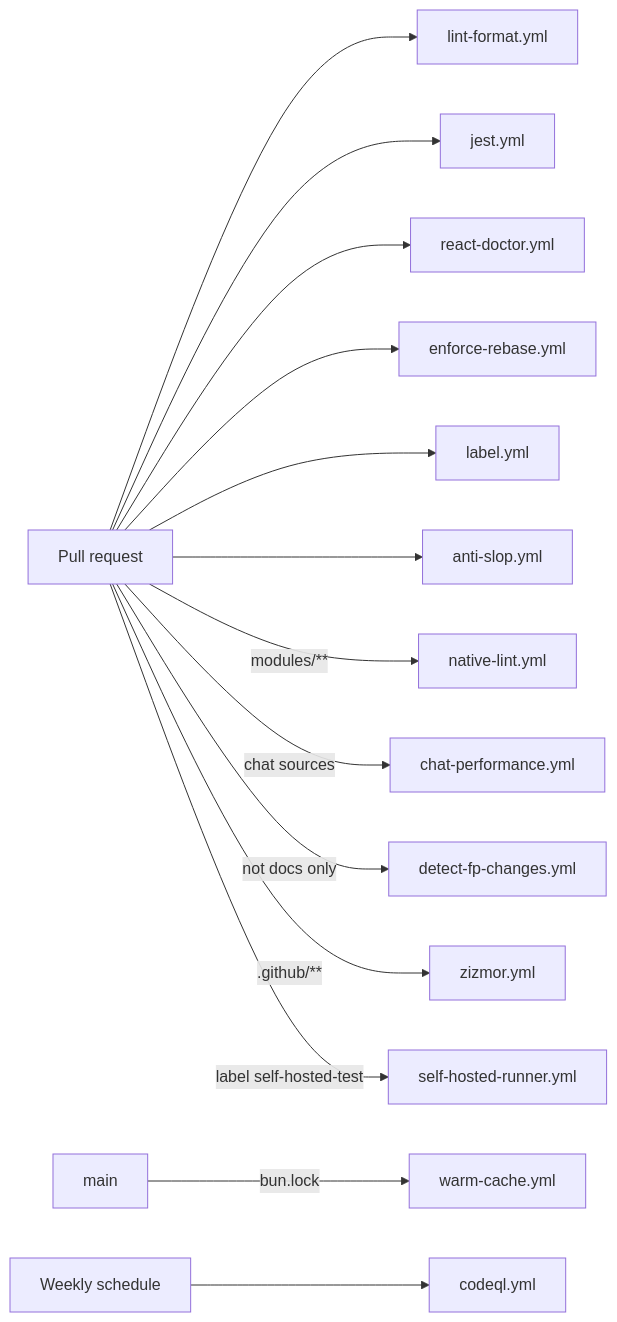
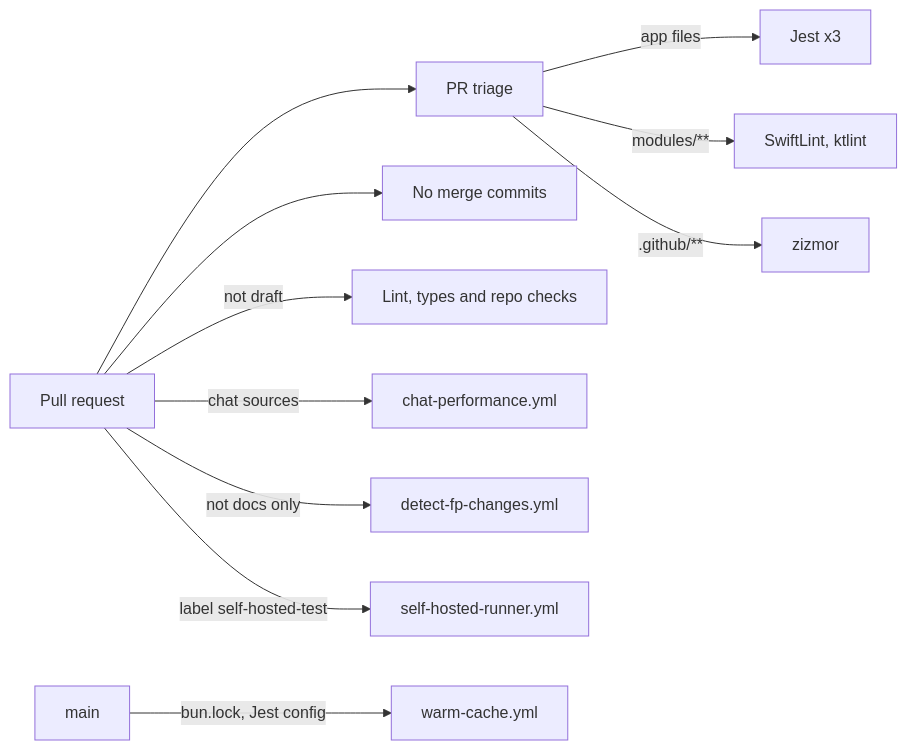
One commit to luke-h1/foam changed the first of 4 diagrams in README.md. Above: the diagram before and after it, drawn with Mermaid. The commit also changed other lines of this file and 16 other files, not shown here.

Commit message:
ci: merge the PR checks into one CI workflow and drop CodeQL (#1011)

````diff
--- a/README.md
+++ b/README.md
@@ -454,16 +458,13 @@
 ```mermaid
 flowchart LR
-  PR[Pull request] --> Checks[lint-format.yml]
-  PR --> Jest[jest.yml]
-  PR --> Doctor[react-doctor.yml]
-  PR --> Rebase[enforce-rebase.yml]
-  PR --> Label[label.yml]
-  PR --> Slop[anti-slop.yml]
-  PR -->|modules/**| Native[native-lint.yml]
+  PR[Pull request] --> Triage[PR triage]
+  PR --> Rebase[No merge commits]
+  PR -->|not draft| Checks[Lint, types and repo checks]
+  Triage -->|app files| Jest[Jest x3]
+  Triage -->|modules/**| Native[SwiftLint, ktlint]
+  Triage -->|.github/**| Zizmor[zizmor]
   PR -->|chat sources| Perf[chat-performance.yml]
   PR -->|not docs only| FP[detect-fp-changes.yml]
-  PR -->|.github/**| Zizmor[zizmor.yml]
   PR -->|label self-hosted-test| SH[self-hosted-runner.yml]
-  Main[main] -->|bun.lock| Warm[warm-cache.yml]
-  Schedule[Weekly schedule] --> CodeQL[codeql.yml]
+  Main[main] -->|bun.lock, Jest config| Warm[warm-cache.yml]
 ```
````
